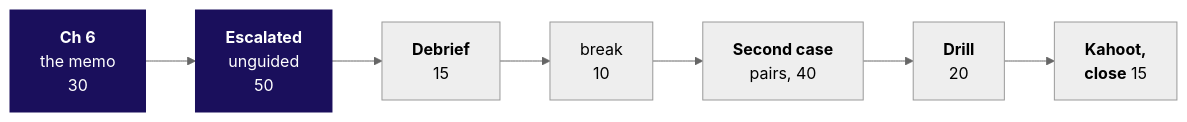
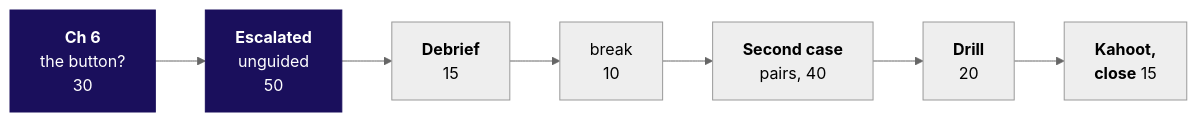
The second of 2 diagrams in content/W01/D2/trainer/C2_W01_D02_day_sheet_TRAINER.md (fde-academy-lab/c2-content-factory), drawn with Mermaid (neutral theme) before and after one commit. The commit also changed other lines of this file and 8 other files, not shown here.

````diff
--- a/content/W01/D2/trainer/C2_W01_D02_day_sheet_TRAINER.md
+++ b/content/W01/D2/trainer/C2_W01_D02_day_sheet_TRAINER.md
@@ -48,6 +116,6 @@
 ```mermaid
 flowchart LR
-    C6["<b>Ch 6</b><br/>the memo<br/>30"] --> E["<b>Escalated</b><br/>unguided<br/>50"] --> D["<b>Debrief</b><br/>15"] --> B["break<br/>10"] --> S["<b>Second case</b><br/>pairs, 40"] --> I["<b>Drill</b><br/>20"] --> K["<b>Kahoot,<br/>close</b> 15"]
+    C6["<b>Ch 6</b><br/>the button?<br/>30"] --> E["<b>Escalated</b><br/>unguided<br/>50"] --> D["<b>Debrief</b><br/>15"] --> B["break<br/>10"] --> S["<b>Second case</b><br/>pairs, 40"] --> I["<b>Drill</b><br/>20"] --> K["<b>Kahoot,<br/>close</b> 15"]
     classDef core fill:#1A0F5C,stroke:#1A0F5C,color:#FFFFFF
     class C6,E core
 ```
````
